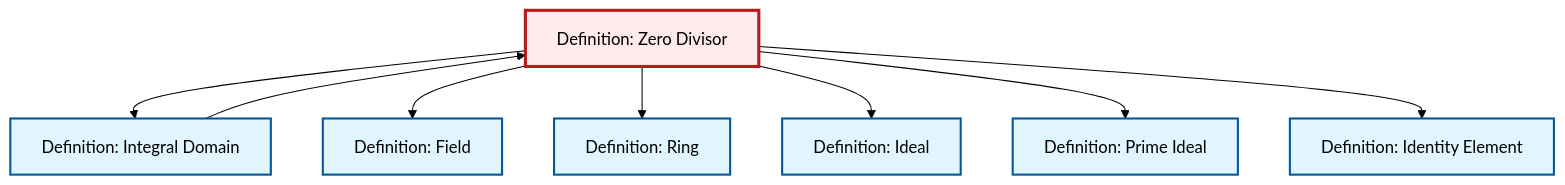
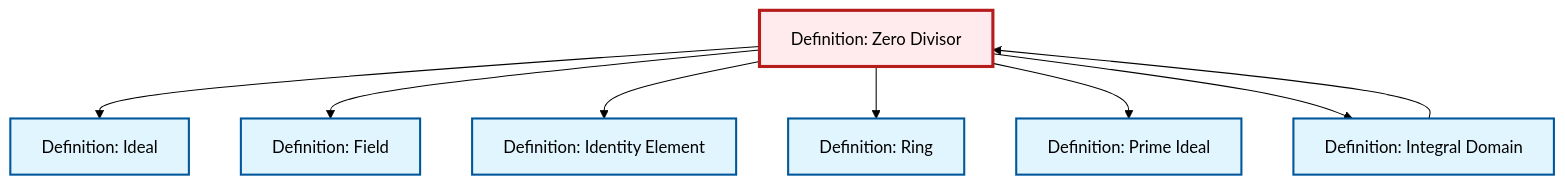
One commit to RK0429/ModernMath changed the diagram in content/en/algebra/def-zero-divisor.qmd. Above: the diagram before and after it, drawn with Mermaid (forest theme). The commit also changed other lines of this file and 1069 other files, not shown here.

````diff
--- a/content/en/algebra/def-zero-divisor.qmd
+++ b/content/en/algebra/def-zero-divisor.qmd
@@ -118,30 +118,30 @@
 ```{mermaid}
 %%| fig-cap: "Local dependency graph"
 graph TD
     classDef definition fill:#e1f5fe,stroke:#01579b,stroke-width:2px
     classDef theorem fill:#f3e5f5,stroke:#4a148c,stroke-width:2px
     classDef axiom fill:#fff3e0,stroke:#e65100,stroke-width:2px
     classDef example fill:#e8f5e9,stroke:#1b5e20,stroke-width:2px
     classDef current fill:#ffebee,stroke:#b71c1c,stroke-width:3px
+    def-zero-divisor["Definition: Zero Divisor"]:::definition
+    def-prime-ideal["Definition: Prime Ideal"]:::definition
+    def-ideal["Definition: Ideal"]:::definition
     def-field["Definition: Field"]:::definition
-    def-prime-ideal["Definition: Prime Ideal"]:::definition
+    def-integral-domain["Definition: Integral Domain"]:::definition
     def-ring["Definition: Ring"]:::definition
-    def-ideal["Definition: Ideal"]:::definition
-    def-zero-divisor["Definition: Zero Divisor"]:::definition
-    def-integral-domain["Definition: Integral Domain"]:::definition
     def-identity-element["Definition: Identity Element"]:::definition
-    def-zero-divisor --> def-integral-domain
+    def-zero-divisor --> def-ideal
     def-zero-divisor --> def-field
     def-integral-domain --> def-zero-divisor
+    def-zero-divisor --> def-identity-element
     def-zero-divisor --> def-ring
-    def-zero-divisor --> def-ideal
     def-zero-divisor --> def-prime-ideal
-    def-zero-divisor --> def-identity-element
+    def-zero-divisor --> def-integral-domain
     class def-zero-divisor current
+    click def-prime-ideal "def-prime-ideal.html" "Go to Prime Ideal definition"
+    click def-ideal "def-ideal.html" "Go to Ideal definition"
     click def-field "def-field.html" "Go to Field definition"
-    click def-prime-ideal "def-prime-ideal.html" "Go to Prime Ideal definition"
+    click def-integral-domain "def-integral-domain.html" "Go to Integral Domain definition"
     click def-ring "def-ring.html" "Go to Ring definition"
-    click def-ideal "def-ideal.html" "Go to Ideal definition"
-    click def-integral-domain "def-integral-domain.html" "Go to Integral Domain definition"
     click def-identity-element "def-identity-element.html" "Go to Identity Element definition"
 ```
````
